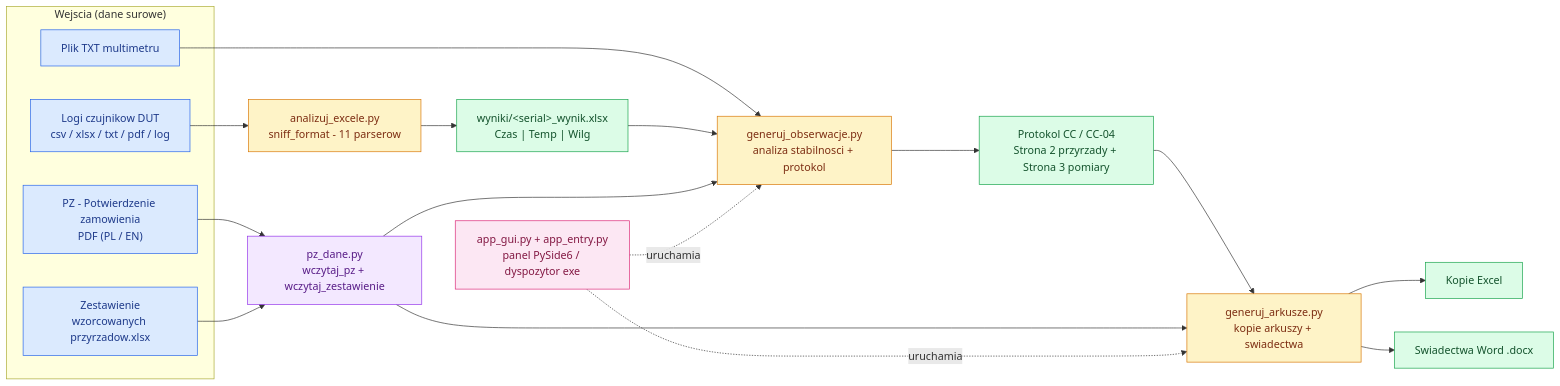
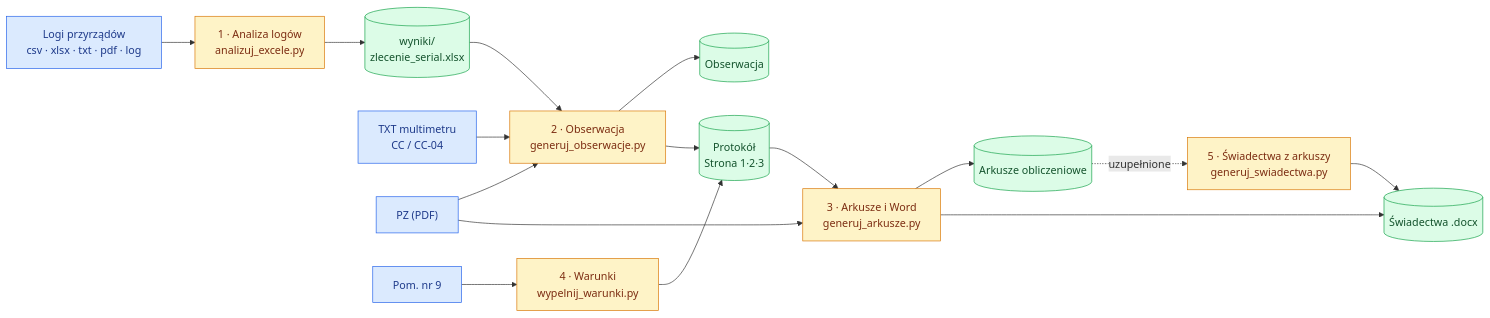
One commit to Azhdzer/script-protokol-arkusz-cc-clean changed the first of 3 diagrams in README.md. Above: the diagram before and after it, drawn with Mermaid. The commit also changed other lines of this file and 4 other files, not shown here.

````diff
--- a/README.md
+++ b/README.md
@@ -15,43 +21,24 @@
 ```mermaid
 flowchart LR
-  subgraph IN["Wejscia (dane surowe)"]
-    TXT["Plik TXT multimetru"]
-    LOG["Logi czujnikow DUT<br/>csv / xlsx / txt / pdf / log"]
-    PZ["PZ - Potwierdzenie zamowienia<br/>PDF (PL / EN)"]
-    ZEST["Zestawienie<br/>wzorcowanych przyrzadow.xlsx"]
-  end
-  ANAL["analizuj_excele.py<br/>sniff_format - 11 parserow"]
-  WYN["wyniki/&lt;serial&gt;_wynik.xlsx<br/>Czas | Temp | Wilg"]
-  PZD["pz_dane.py<br/>wczytaj_pz + wczytaj_zestawienie"]
-  OBS["generuj_obserwacje.py<br/>analiza stabilnosci + protokol"]
-  PROTO["Protokol CC / CC-04<br/>Strona 2 przyrzady + Strona 3 pomiary"]
-  ARK["generuj_arkusze.py<br/>kopie arkuszy + swiadectwa"]
-  KOP["Kopie Excel"]
-  DOC["Swiadectwa Word .docx"]
-  GUI["app_gui.py + app_entry.py<br/>panel PySide6 / dyspozytor exe"]
-
-  LOG --> ANAL --> WYN
-  TXT --> OBS
-  WYN --> OBS
-  PZ --> PZD
-  ZEST --> PZD
-  PZD --> OBS
-  OBS --> PROTO
-  PROTO --> ARK
-  PZD --> ARK
-  ARK --> KOP
-  ARK --> DOC
-  GUI -.uruchamia.-> OBS
-  GUI -.uruchamia.-> ARK
-
+  LOG["Logi przyrządów<br/>csv · xlsx · txt · pdf · log"] --> K1["1 · Analiza logów<br/>analizuj_excele.py"]
+  K1 --> WYN[("wyniki/<br/>zlecenie_serial.xlsx")]
+  TXT["TXT multimetru<br/>CC / CC-04"] --> K2["2 · Obserwacja<br/>generuj_obserwacje.py"]
+  PZ["PZ (PDF)"] --> K2
+  WYN --> K2
+  K2 --> OBS[("Obserwacja")]
+  K2 --> PROT[("Protokół<br/>Strona 1·2·3")]
+  POM["Pom. nr 9"] --> K4["4 · Warunki<br/>wypelnij_warunki.py"]
+  K4 --> PROT
+  PROT --> K3["3 · Arkusze i Word<br/>generuj_arkusze.py"]
+  PZ --> K3
+  K3 --> ARK[("Arkusze obliczeniowe")]
+  K3 --> SW[("Świadectwa .docx")]
+  ARK -. uzupełnione .-> K5["5 · Świadectwa z arkuszy<br/>generuj_swiadectwa.py"]
+  K5 --> SW
   classDef in fill:#dbeafe,stroke:#2563eb,color:#1e3a8a;
   classDef xf fill:#fef3c7,stroke:#d97706,color:#7c2d12;
   classDef out fill:#dcfce7,stroke:#16a34a,color:#14532d;
-  classDef pz fill:#f3e8ff,stroke:#9333ea,color:#581c87;
-  classDef gui fill:#fce7f3,stroke:#db2777,color:#831843;
-  class TXT,LOG,PZ,ZEST in
-  class ANAL,OBS,ARK xf
-  class WYN,PROTO,KOP,DOC out
-  class PZD pz
-  class GUI gui
+  class LOG,TXT,PZ,POM in
+  class K1,K2,K3,K4,K5 xf
+  class WYN,OBS,PROT,ARK,SW out
 ```
````
